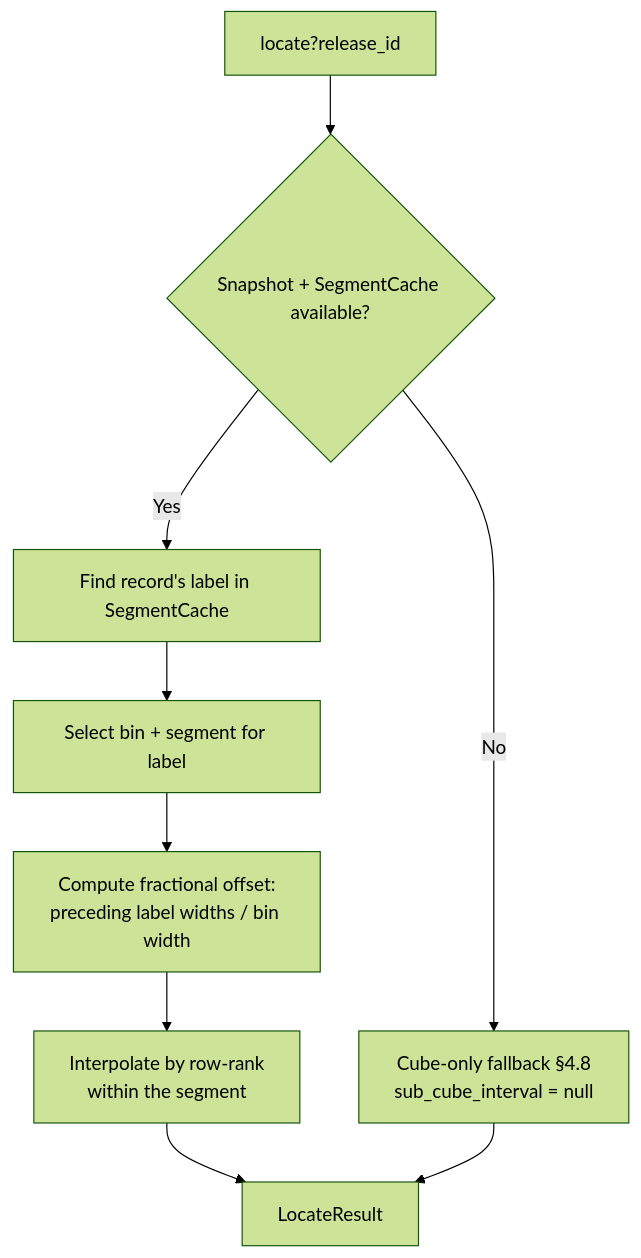
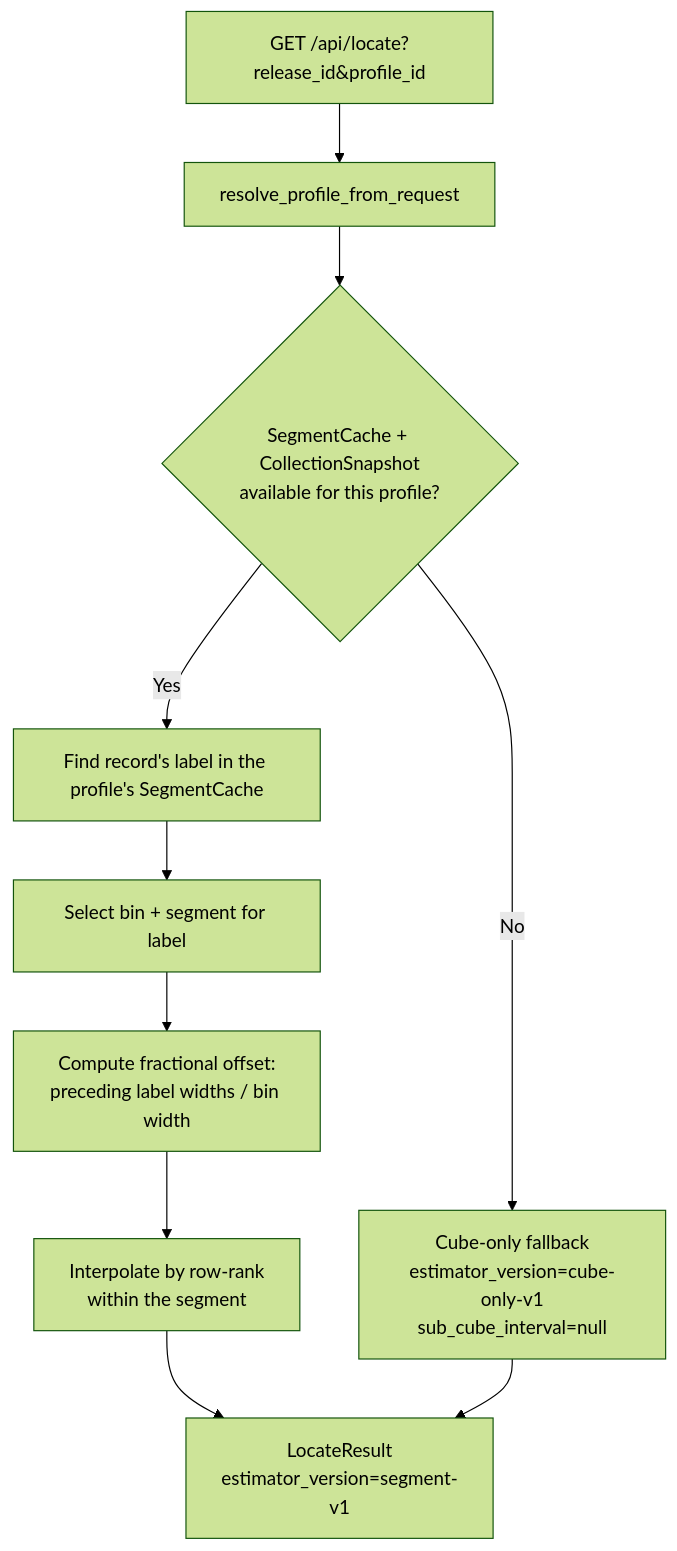
The first of 6 diagrams in docs/ARCHITECTURE.md (SimplicityGuy/GRUVAX), drawn with Mermaid (forest theme) before and after one commit. The commit also changed other lines of this file, not shown here.

First line of the commit message:
docs(architecture): reconcile ARCHITECTURE.md with v2.1 implementation

````diff
--- a/docs/ARCHITECTURE.md
+++ b/docs/ARCHITECTURE.md
@@ -113,11 +159,12 @@
 ```mermaid
 flowchart TD
-    Q[locate?release_id] --> SN{Snapshot + SegmentCache available?}
-    SN -- No --> FALLBACK[Cube-only fallback §4.8\nsub_cube_interval = null]
-    SN -- Yes --> LABEL[Find record's label in SegmentCache]
+    Q["GET /api/locate?release_id&profile_id"] --> RES[resolve_profile_from_request]
+    RES --> SN{"SegmentCache + CollectionSnapshot\navailable for this profile?"}
+    SN -- No --> FALLBACK["Cube-only fallback\nestimator_version=cube-only-v1\nsub_cube_interval=null"]
+    SN -- Yes --> LABEL[Find record's label in the profile's SegmentCache]
     LABEL --> BIN[Select bin + segment for label]
-    BIN --> FRAC[Compute fractional offset:\npreceding label widths / bin width]
-    FRAC --> RANK[Interpolate by row-rank\nwithin the segment]
-    RANK --> RESULT[LocateResult]
+    BIN --> FRAC["Compute fractional offset:\npreceding label widths / bin width"]
+    FRAC --> RANK["Interpolate by row-rank\nwithin the segment"]
+    RANK --> RESULT["LocateResult\nestimator_version=segment-v1"]
     FALLBACK --> RESULT
 ```
````
